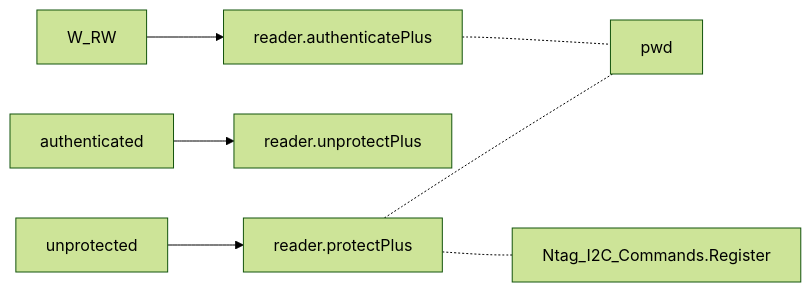
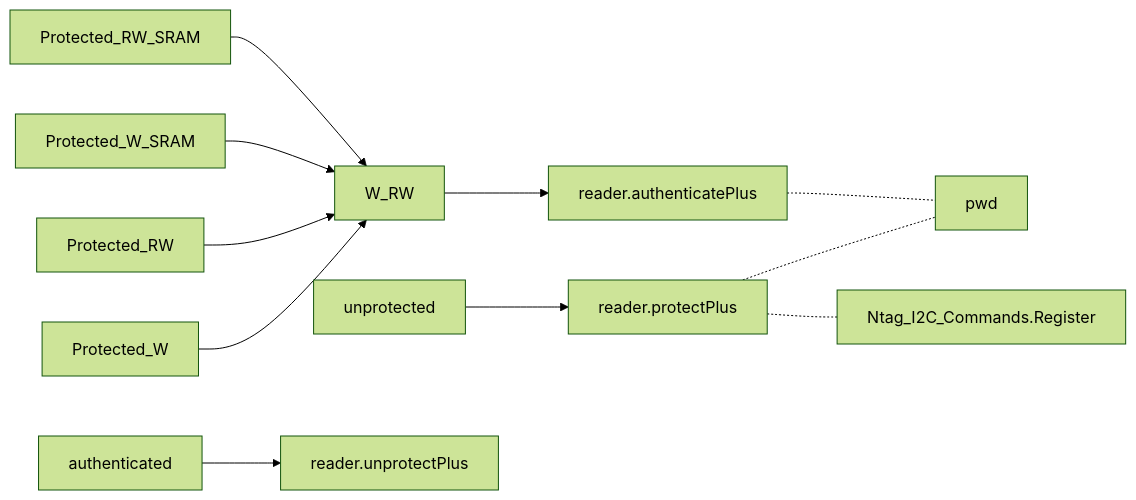
Before and after one commit to gordianknotC/nxp_note: diagram 16 of 16 in nxp/NtagDemo_mermaid.md, drawn with Mermaid (forest theme). The commit also changed other lines of this file, not shown here.

Commit message:
nxp/NtagDemo_mermaid.md updated from https://stackedit.io/

````diff
--- a/nxp/NtagDemo_mermaid.md
+++ b/nxp/NtagDemo_mermaid.md
@@ -616,10 +616,18 @@
 ```mermaid
 graph LR
+unprotected
+authenticated
+W_RW
+
 unprotected --> reader.protectPlus
 reader.protectPlus -.- pwd
 reader.protectPlus -.- Ntag_I2C_Commands.Register
 authenticated --> reader.unprotectPlus
 W_RW --> reader.authenticatePlus
 reader.authenticatePlus -.- pwd
 
+Protected_W --> W_RW
+Protected_RW --> W_RW
+Protected_W_SRAM --> W_RW
+Protected_RW_SRAM --> W_RW
 ```
````
